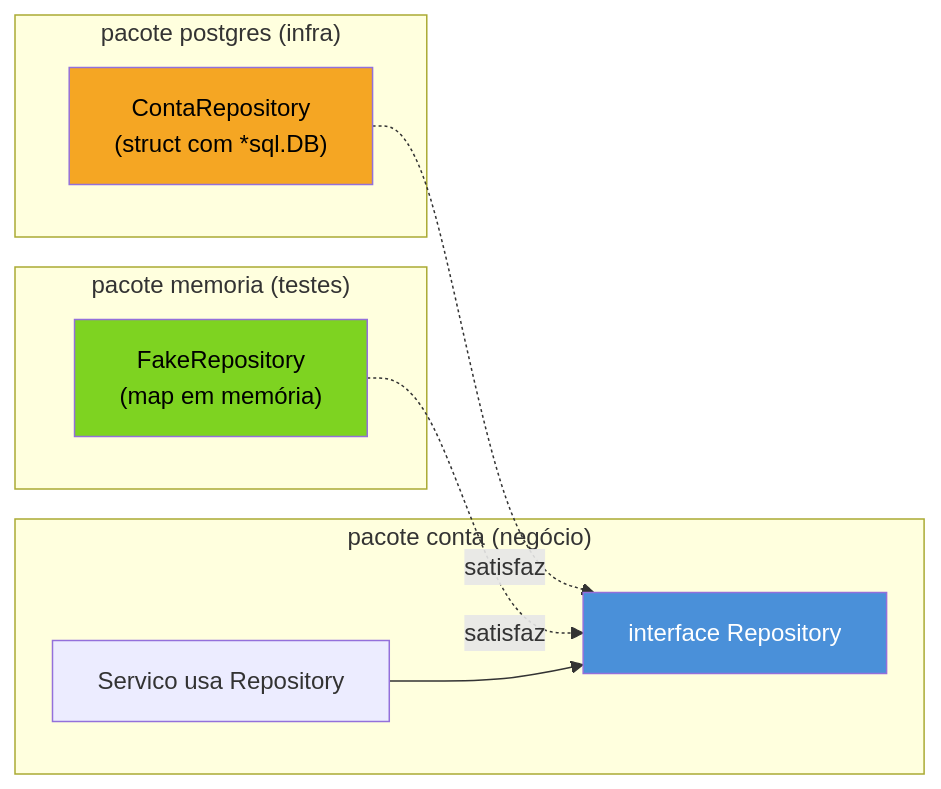
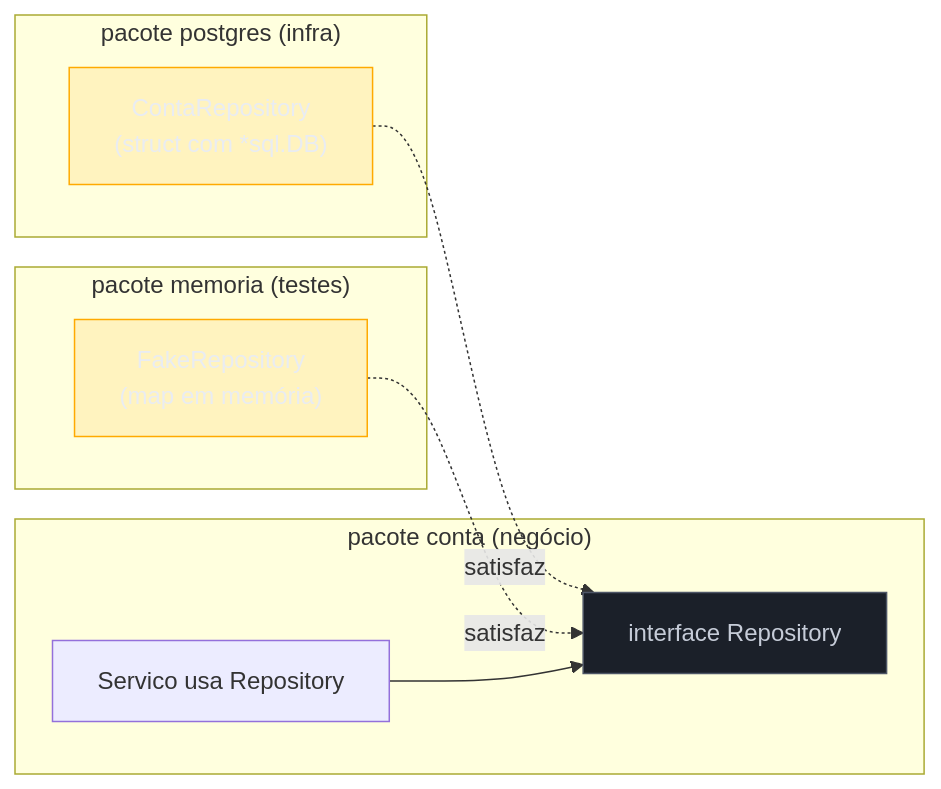
Before and after one commit to josenaldo/codex-technomanticus: the second of 2 diagrams in 03-Dominios/Tecnologia/Go/11 - Persistência/08 - Transações e o padrão repository.md, drawn with Mermaid. The commit also changed other lines of this file and 1181 other files, not shown here.

First line of the commit message:
fix(diagramas): paleta do sistema no lugar de cor cravada no markdown

````diff
--- a/03-Dominios/Tecnologia/Go/11 - Persistência/08 - Transações e o padrão repository.md
+++ b/03-Dominios/Tecnologia/Go/11 - Persistência/08 - Transações e o padrão repository.md
@@ -265,21 +268,23 @@
 ```mermaid
 flowchart LR
+    classDef neutro fill:#1B2029,stroke:#4E5666,color:#C6CCD8
+    classDef destaque fill:#FFAA0024,stroke:#FFAA00,color:#E9ECF2
     subgraph "pacote conta (negócio)"
         I["interface Repository"]
         S["Servico usa Repository"]
     end
     subgraph "pacote postgres (infra)"
         P["ContaRepository\n(struct com *sql.DB)"]
     end
     subgraph "pacote memoria (testes)"
         F["FakeRepository\n(map em memória)"]
     end
 
     P -.satisfaz.-> I
     F -.satisfaz.-> I
     S --> I
 
-    style I fill:#4A90D9,color:#fff
-    style P fill:#F5A623,color:#000
-    style F fill:#7ED321,color:#000
+    class I neutro
+    class P destaque
+    class F destaque
 ```
````
